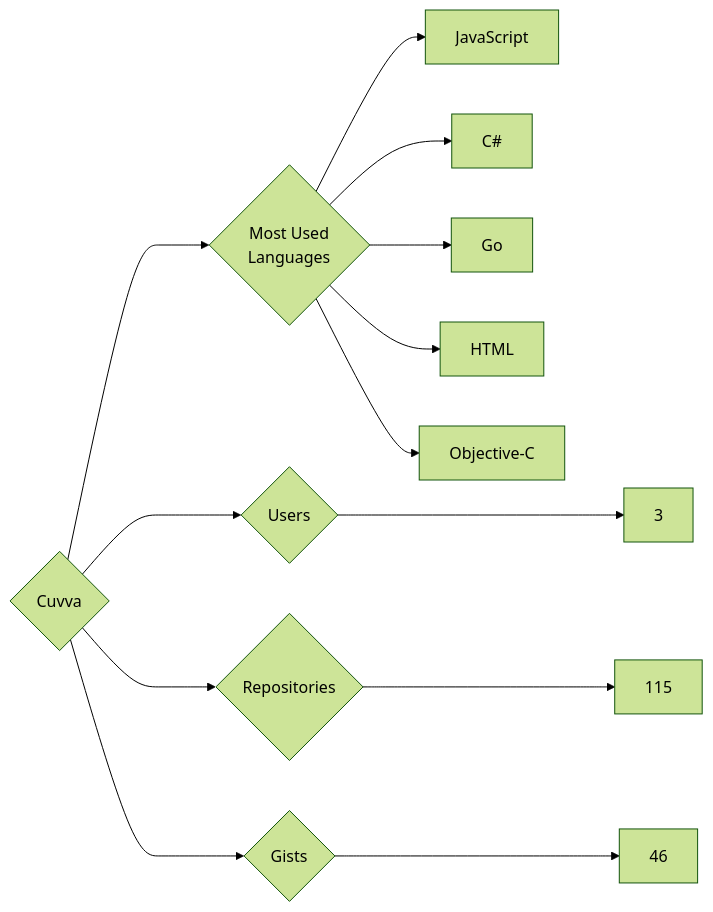
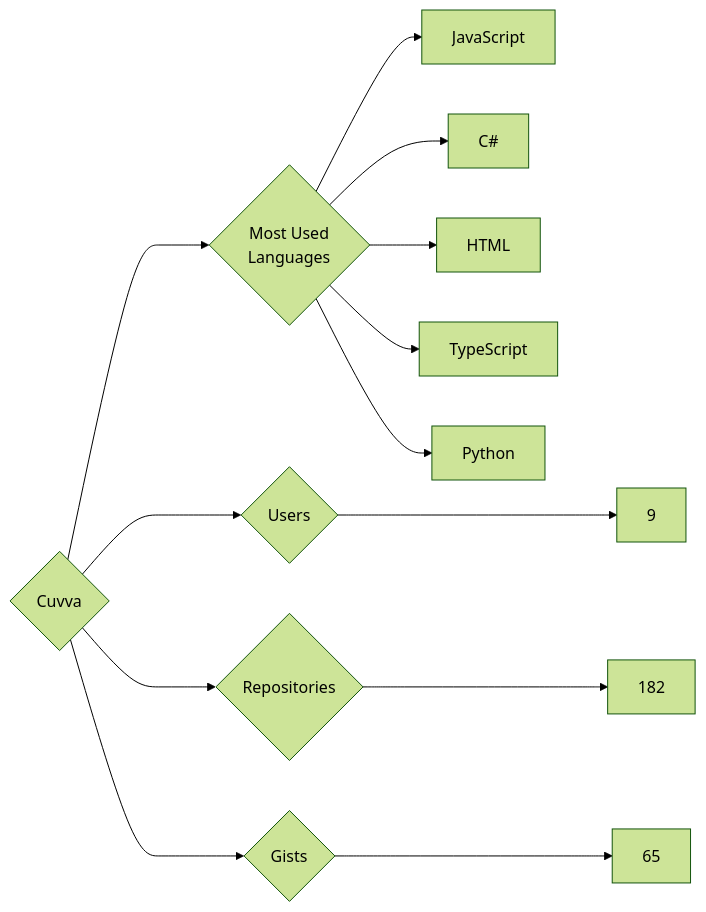
The diagram in targets/Cuvva/README.md (trickest/insiders), drawn with Mermaid (forest theme) before and after one commit. The commit also changed 882 other files, not shown here.

````diff
--- a/targets/Cuvva/README.md
+++ b/targets/Cuvva/README.md
@@ -3,13 +3,13 @@
 ```mermaid
 graph LR
 COMPANY_NAME{Cuvva}
-COMPANY_NAME ---> U{Users} ---> UN[3]
-COMPANY_NAME ---> R{Repositories} ---> RN[115]
-COMPANY_NAME ---> G{Gists} ---> GN[46]
+COMPANY_NAME ---> U{Users} ---> UN[9]
+COMPANY_NAME ---> R{Repositories} ---> RN[182]
+COMPANY_NAME ---> G{Gists} ---> GN[65]
 COMPANY_NAME ---> ML{Most Used<br>Languages}
 ML --> JavaScript[JavaScript]
 ML --> C#[C#]
-ML --> Go[Go]
 ML --> HTML[HTML]
-ML --> Objective-C[Objective-C]
+ML --> TypeScript[TypeScript]
+ML --> Python[Python]
 ```
````
